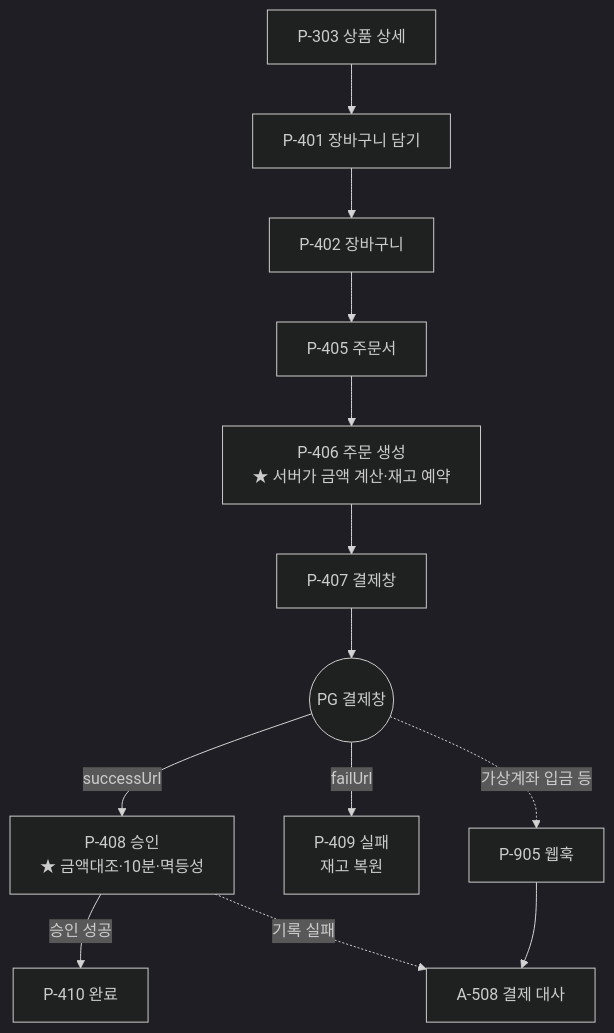
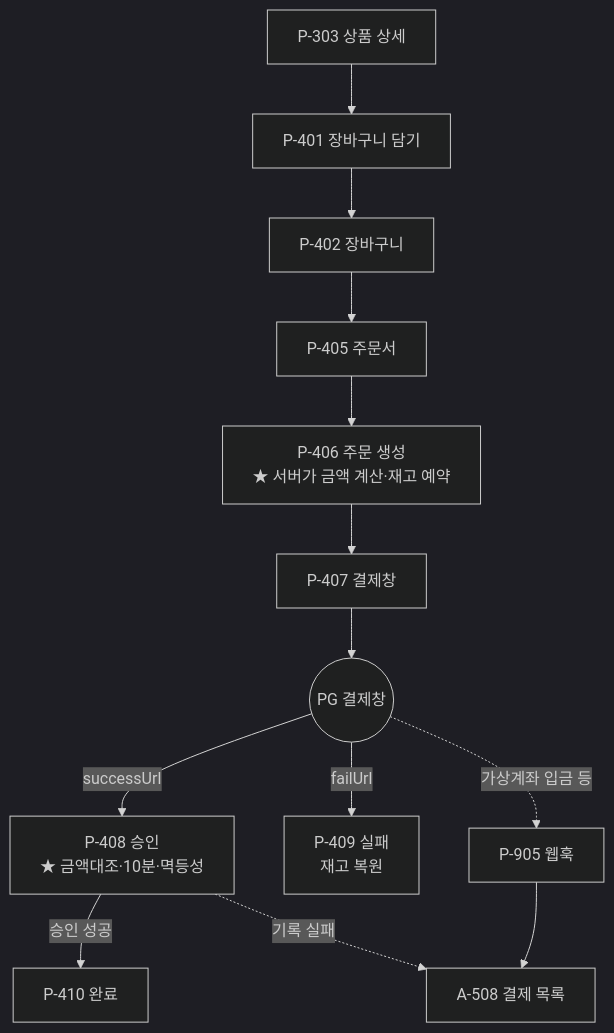
Before and after one commit to emirue/ondolith: the third of 4 diagrams in docs/14-screen-flows.md, drawn with Mermaid (dark theme). The commit also changed 8 other files, not shown here.

````diff
--- a/docs/14-screen-flows.md
+++ b/docs/14-screen-flows.md
@@ -114,15 +114,15 @@
 ```mermaid
 flowchart TD
   P303["P-303 상품 상세"] --> P401["P-401 장바구니 담기"]
   P401 --> P402["P-402 장바구니"]
   P402 --> P405["P-405 주문서"]
   P405 --> P406["P-406 주문 생성<br/>★ 서버가 금액 계산·재고 예약"]
   P406 --> P407["P-407 결제창"]
   P407 --> PG(("PG 결제창"))
   PG -->|successUrl| P408["P-408 승인<br/>★ 금액대조·10분·멱등성"]
   PG -->|failUrl| P409["P-409 실패<br/>재고 복원"]
   P408 -->|승인 성공| P410["P-410 완료"]
   PG -.->|가상계좌 입금 등| P905["P-905 웹훅"]
-  P905 --> A508["A-508 결제 대사"]
+  P905 --> A508["A-508 결제 목록"]
   P408 -.->|기록 실패| A508
 ```
````
